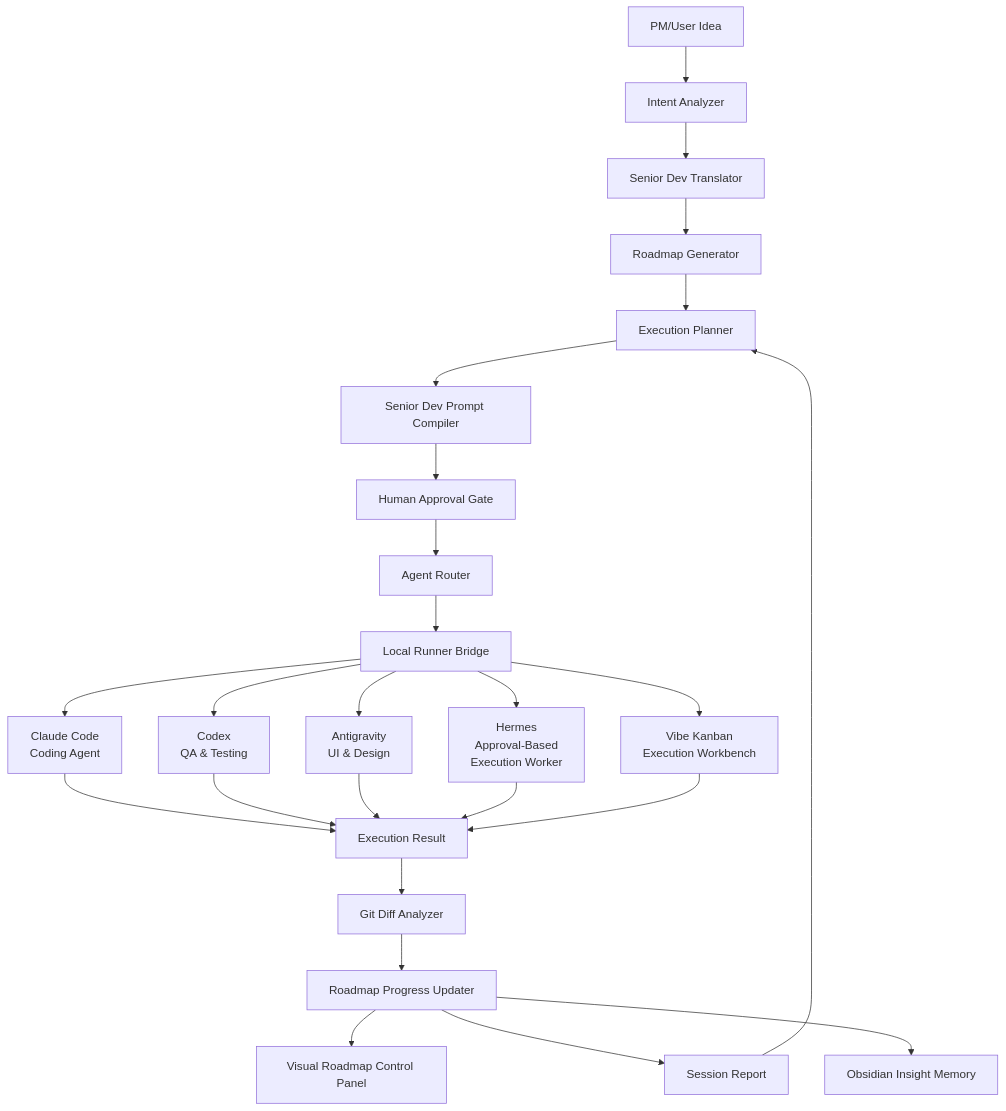
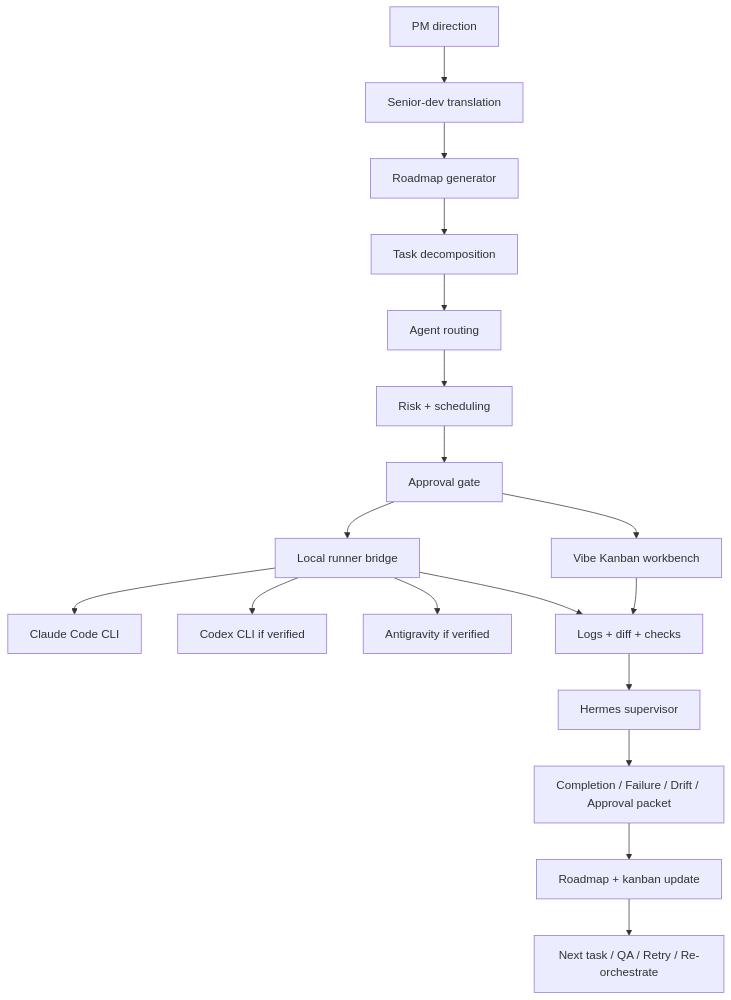
One commit to yangminguy/agent-control-room changed the diagram in docs/ARCHITECTURE.md. Above: the diagram before and after it, drawn with Mermaid. The commit also changed other lines of this file and 72 other files, not shown here.

First line of the commit message:
Phase F-Fix: Wire orchestration layer into live runner flow

````diff
--- a/docs/ARCHITECTURE.md
+++ b/docs/ARCHITECTURE.md
@@ -39,32 +85,20 @@
 ```mermaid
 graph TD
-    A[PM/User Idea] --> B[Intent Analyzer]
-    B --> C[Senior Dev Translator]
-    C --> D[Roadmap Generator]
-    D --> E[Execution Planner]
-    E --> P[Senior Dev Prompt Compiler]
-    P --> Q[Human Approval Gate]
-    Q --> R[Agent Router]
-
-    R --> LR[Local Runner Bridge]
-    
-    LR --> F[Claude Code<br/>Coding Agent]
-    LR --> G[Codex<br/>QA & Testing]
-    LR --> H[Antigravity<br/>UI & Design]
-    LR --> O[Hermes<br/>Approval-Based<br/>Execution Worker]
-    LR --> M[Vibe Kanban<br/>Execution Workbench]
-
-    F --> I[Execution Result]
-    G --> I
-    H --> I
-    O --> I
-    M --> I
-
-    I --> J[Git Diff Analyzer]
-    J --> K[Roadmap Progress Updater]
-    K --> L[Visual Roadmap Control Panel]
-    K --> N[Session Report]
-    K --> S[Obsidian Insight Memory]
-
-    N --> E
+    A["PM direction"] --> B["Senior-dev translation"]
+    B --> C["Roadmap generator"]
+    C --> D["Task decomposition"]
+    D --> E["Agent routing"]
+    E --> F["Risk + scheduling"]
+    F --> G["Approval gate"]
+    G --> H["Local runner bridge"]
+    G --> VK["Vibe Kanban workbench"]
+    H --> CC["Claude Code CLI"]
+    H --> CX["Codex CLI if verified"]
+    H --> AG["Antigravity if verified"]
+    H --> L["Logs + diff + checks"]
+    VK --> L
+    L --> HS["Hermes supervisor"]
+    HS --> P["Completion / Failure / Drift / Approval packet"]
+    P --> R["Roadmap + kanban update"]
+    R --> N["Next task / QA / Retry / Re-orchestrate"]
 ```
````
